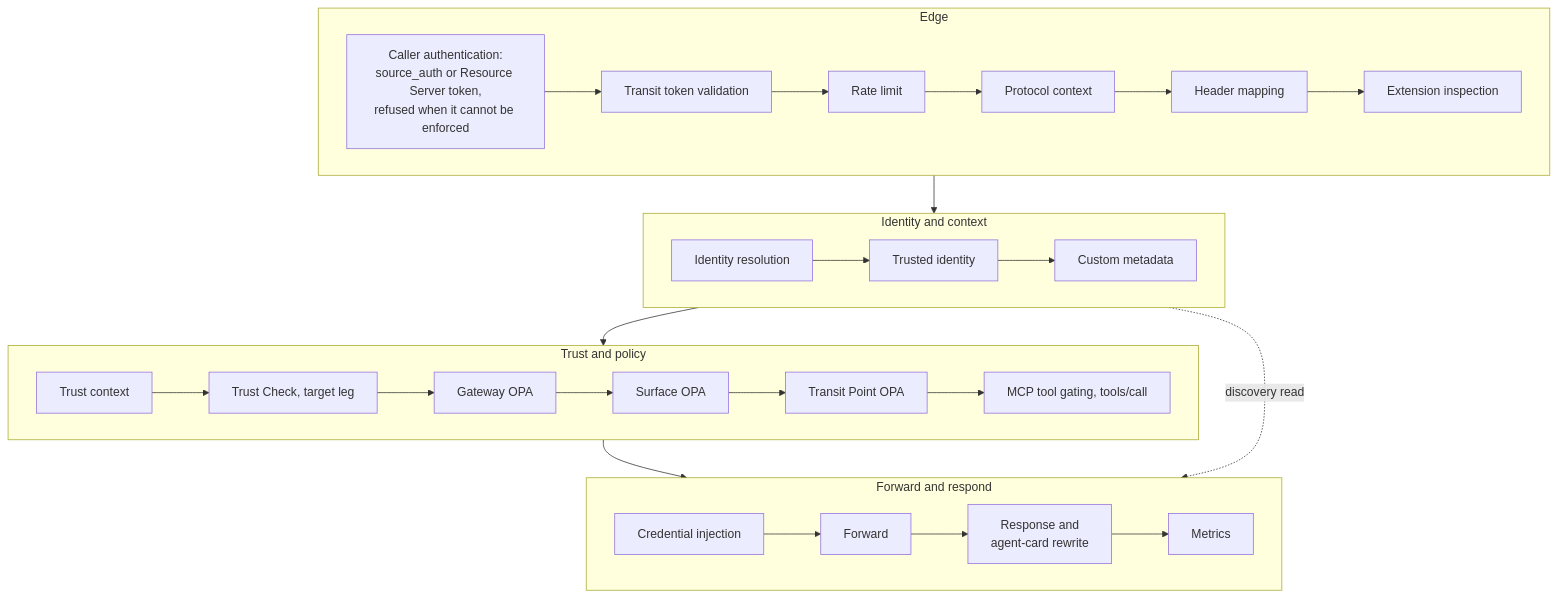
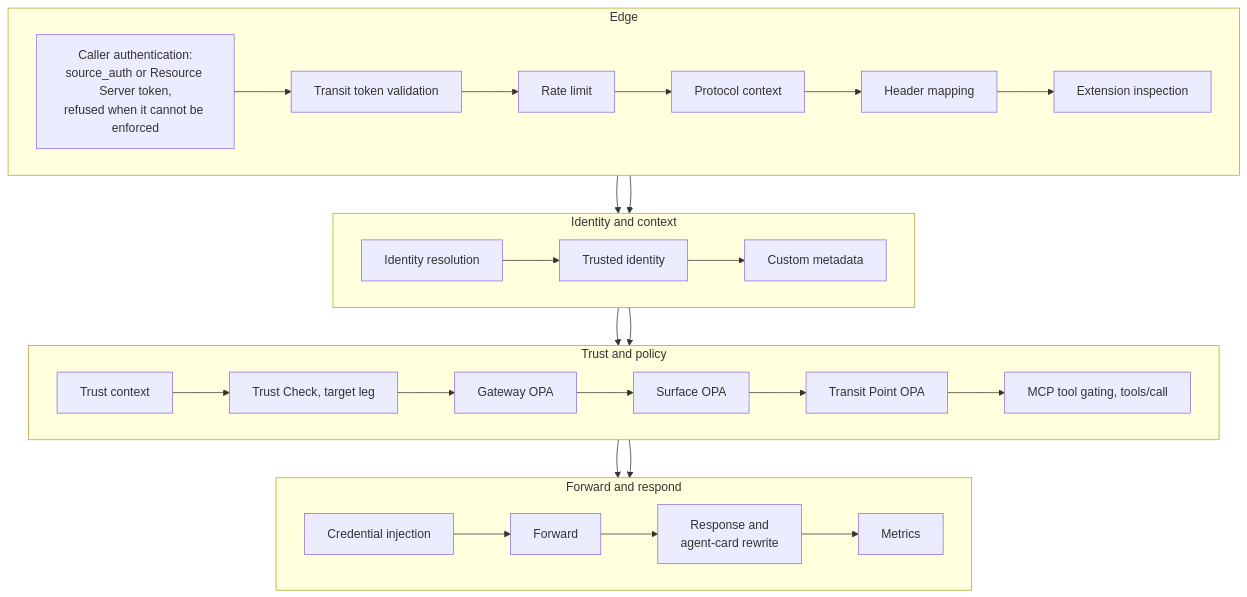
The second of 4 diagrams in ARCHITECTURE.md (affinidi-ai/agent-gateway), drawn with Mermaid before and after one commit. The commit also changed other lines of this file and 9 other files, not shown here.

````diff
--- a/ARCHITECTURE.md
+++ b/ARCHITECTURE.md
@@ -182,21 +182,21 @@
 ```mermaid
 flowchart TB
     subgraph E["Edge"]
         direction LR
         AR["Caller authentication:<br/>source_auth or Resource Server token,<br/>refused when it cannot be enforced"] --> A0[Transit token validation] --> A2[Rate limit] --> A3[Protocol context] --> A4[Header mapping] --> A5[Extension inspection]
     end
     subgraph I["Identity and context"]
         direction LR
         B1[Identity resolution] --> B2[Trusted identity] --> B3[Custom metadata]
     end
     subgraph P["Trust and policy"]
         direction LR
         C0[Trust context] --> C1["Trust Check, target leg"] --> C2[Gateway OPA] --> C3[Surface OPA] --> C4[Transit Point OPA] --> C5["MCP tool gating, tools/call"]
     end
     subgraph F["Forward and respond"]
         direction LR
         D0[Credential injection] --> D1[Forward] --> D2["Response and<br/>agent-card rewrite"] --> D3[Metrics]
     end
     E --> I --> P --> F
-    I -. discovery read .-> F
+    E --> I --> P --> F
 ```
````
